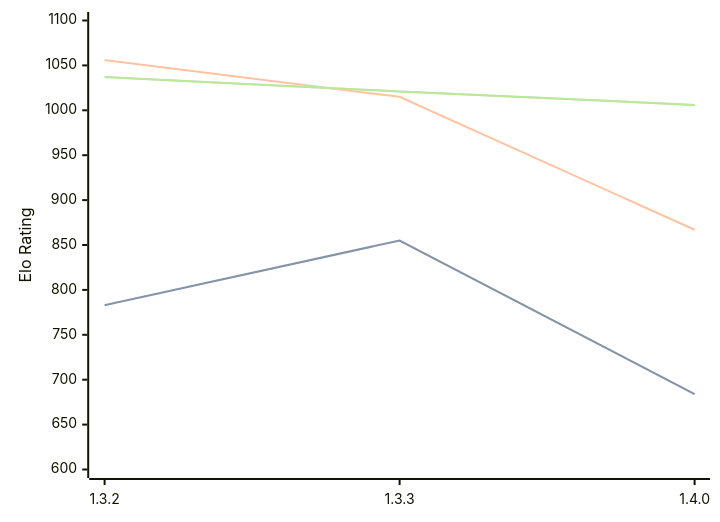
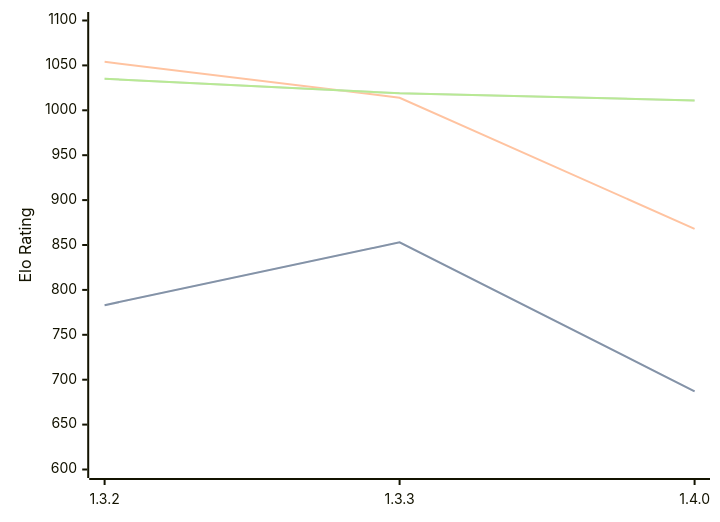
The diagram in engines/Whitespine.md (computer-chess-index/cci), drawn with Mermaid before and after one commit. The commit also changed other lines of this file, not shown here.

Commit message:
Update CCI Ratings (ELO VLTC) - 2026-06-08

````diff
--- a/engines/Whitespine.md
+++ b/engines/Whitespine.md
@@ -36,11 +36,11 @@
 ```mermaid
 %%{init: {"theme":"base","themeVariables":{"seriesColors:['#a3a3a3','#222221','#faa371']}}}%%
 xychart-beta
   x-axis ["1.3.2", "1.3.3", "1.4.0"]
   y-axis "Elo Rating" 600 --> 1100
-  line "STC (8.0+0.08s)" [783, 855, 684]
-  line "STC (8.0+0.08s)" [783, 855, 684]
-  line "LTC (60.0+0.60s)" [1056, 1015, 867]
-  line "VLTC (2m24s+1.12s)" [1037, 1021, 1006]
-  line "VLTC (2m24s+1.12s)" [1037, 1021, 1006]
+  line "STC (8.0+0.08s)" [783, 853, 687]
+  line "STC (8.0+0.08s)" [783, 853, 687]
+  line "LTC (60.0+0.60s)" [1054, 1014, 868]
+  line "VLTC (2m24s+1.12s)" [1035, 1019, 1011]
+  line "VLTC (2m24s+1.12s)" [1035, 1019, 1011]
 ```
````
